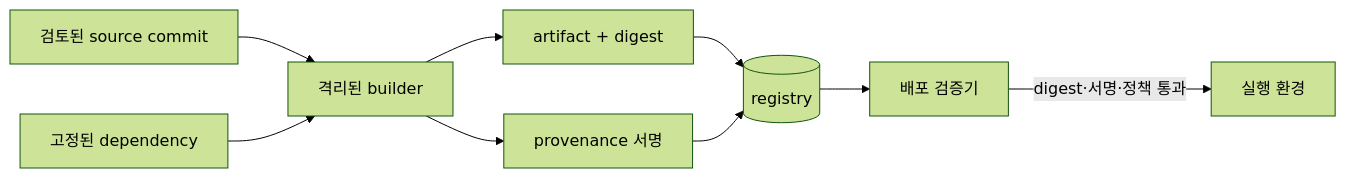
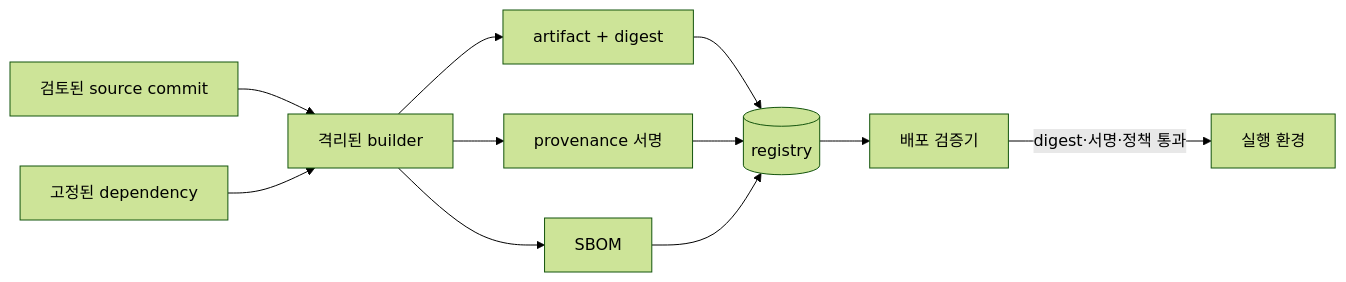
Before and after one commit to mj006648/netai-devsecops-runbook: the diagram in learning/security-cryptography/10-supply-chain-and-artifact-integrity.md, drawn with Mermaid (forest theme). The commit also changed other lines of this file and 55 other files, not shown here.

````diff
--- a/learning/security-cryptography/10-supply-chain-and-artifact-integrity.md
+++ b/learning/security-cryptography/10-supply-chain-and-artifact-integrity.md
@@ -21,11 +49,13 @@
 ```mermaid
 flowchart LR
     S[검토된 source commit] --> B[격리된 builder]
     D[고정된 dependency] --> B
     B --> A[artifact + digest]
     B --> P[provenance 서명]
+    B --> M[SBOM]
     A --> R[(registry)]
     P --> R
+    M --> R
     R --> V[배포 검증기]
     V -->|digest·서명·정책 통과| K[실행 환경]
 ```
````
